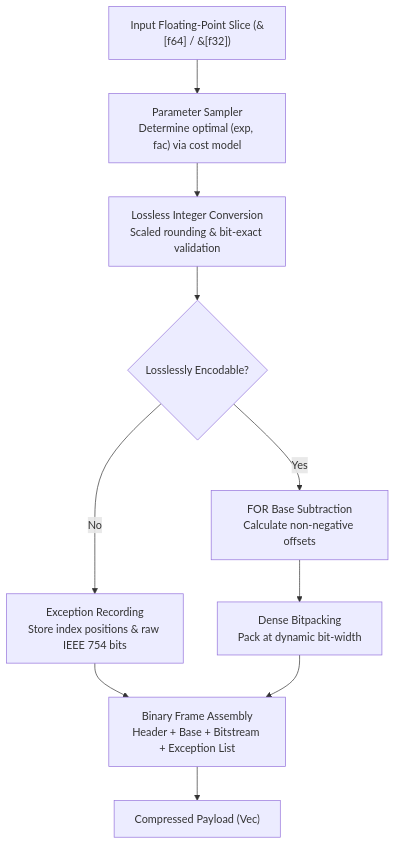
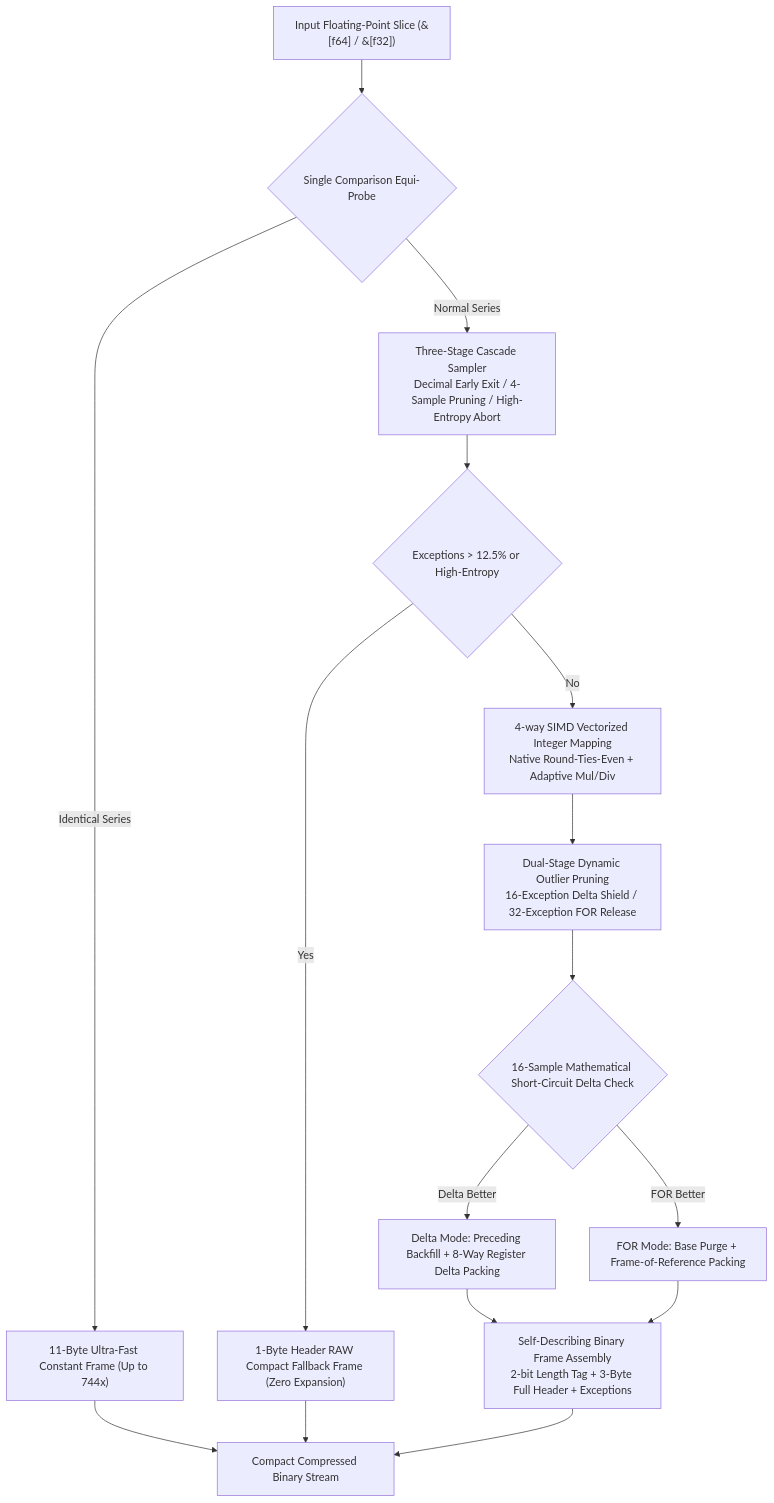
Before and after one commit to webc-site/fastalp: the first of 2 diagrams in fastalp/README.md, drawn with Mermaid. The commit also changed other lines of this file and 11 other files, not shown here.

Commit message:
docs: detail architecture upgrade docs against official C++ ALP and optimize outlier pruning hot loop 文档: 对照 C++ 官方实现细化架构升级文档并优化离群点剪枝热循环

````diff
--- a/fastalp/README.md
+++ b/fastalp/README.md
@@ -313,12 +328,18 @@
 ```mermaid
 graph TD
-  Input["Input Floating-Point Slice (&[f64] / &[f32])"] --> Sampler["Parameter Sampler<br/>Determine optimal (exp, fac) via cost model"]
-  Sampler --> Encoder["Lossless Integer Conversion<br/>Scaled rounding & bit-exact validation"]
-  Encoder --> Split{"Losslessly Encodable?"}
-  Split -- Yes --> IntStream["FOR Base Subtraction<br/>Calculate non-negative offsets"]
-  Split -- No --> ExcStream["Exception Recording<br/>Store index positions & raw IEEE 754 bits"]
-  IntStream --> Bitpacker["Dense Bitpacking<br/>Pack at dynamic bit-width"]
-  ExcStream --> Frame["Binary Frame Assembly<br/>Header + Base + Bitstream + Exception List"]
-  Bitpacker --> Frame
-  Frame --> Output["Compressed Payload (Vec<u8>)"]
+  Input["Input Floating-Point Slice (&[f64] / &[f32])"] --> Identical{"Single Comparison Equi-Probe"}
+  Identical -- Identical Series --> FastConst["11-Byte Ultra-Fast Constant Frame (Up to 744x)"]
+  Identical -- Normal Series --> Sampler["Three-Stage Cascade Sampler<br/>Decimal Early Exit / 4-Sample Pruning / High-Entropy Abort"]
+  Sampler --> NegCheck{"Exceptions > 12.5% or High-Entropy"}
+  NegCheck -- Yes --> RawFrame["1-Byte Header RAW Compact Fallback Frame (Zero Expansion)"]
+  NegCheck -- No --> SimdKernel["4-way SIMD Vectorized Integer Mapping<br/>Native Round-Ties-Even + Adaptive Mul/Div"]
+  SimdKernel --> DiffPrune["Dual-Stage Dynamic Outlier Pruning<br/>16-Exception Delta Shield / 32-Exception FOR Release"]
+  DiffPrune --> DeltaJudge{"16-Sample Mathematical Short-Circuit Delta Check"}
+  DeltaJudge -- Delta Better --> DeltaPack["Delta Mode: Preceding Backfill + 8-Way Register Delta Packing"]
+  DeltaJudge -- FOR Better --> ForPack["FOR Mode: Base Purge + Frame-of-Reference Packing"]
+  DeltaPack --> FrameAssemble["Self-Describing Binary Frame Assembly<br/>2-bit Length Tag + 3-Byte Full Header + Exceptions"]
+  ForPack --> FrameAssemble
+  FastConst --> Output["Compact Compressed Binary Stream"]
+  RawFrame --> Output
+  FrameAssemble --> Output
 ```
````
